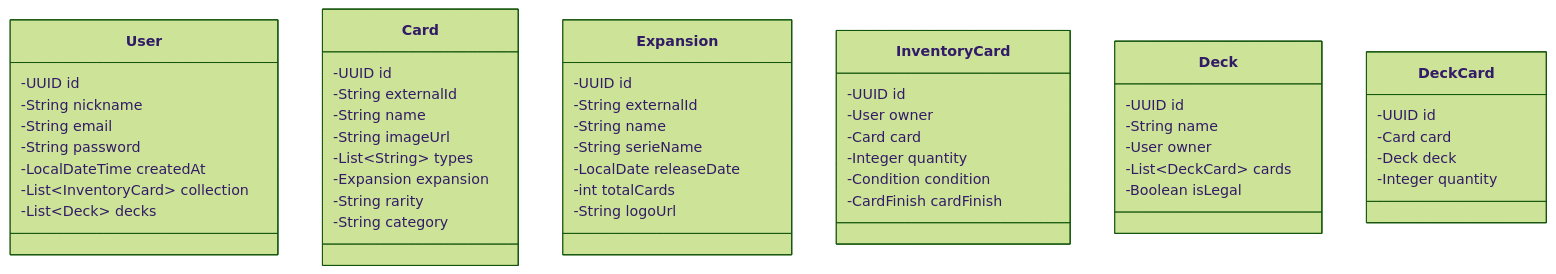
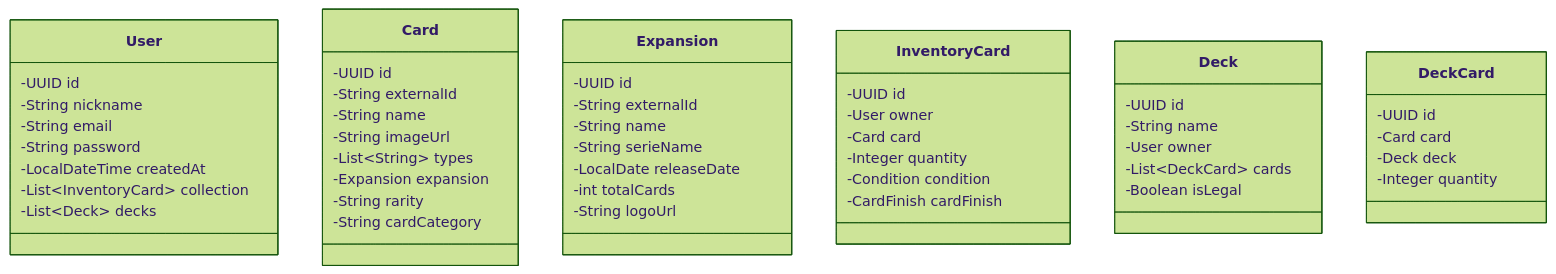
One commit to Cadimodev/silph-engine changed the diagram in README.md. Above: the diagram before and after it, drawn with Mermaid (forest theme).

````diff
--- a/README.md
+++ b/README.md
@@ -40,46 +40,46 @@
 ```mermaid
 classDiagram
     User: -UUID id
     User: -String nickname
     User: -String email
     User: -String password
     User: -LocalDateTime createdAt
     User: -List~InventoryCard~ collection
     User: -List~Deck~ decks
 
     Card: -UUID id
     Card: -String externalId
     Card: -String name
     Card: -String imageUrl
     Card: -List~String~ types
     Card: -Expansion expansion
     Card: -String rarity
-    Card: -String category
+    Card: -String cardCategory
 
     Expansion: -UUID id
     Expansion: -String externalId
     Expansion: -String name
     Expansion: -String serieName
     Expansion: -LocalDate releaseDate
     Expansion: -int totalCards
     Expansion: -String logoUrl
 
     InventoryCard: -UUID id
     InventoryCard: -User owner
     InventoryCard: -Card card
     InventoryCard: -Integer quantity
     InventoryCard: -Condition condition
     InventoryCard: -CardFinish cardFinish
 
     Deck: -UUID id
     Deck: -String name
     Deck: -User owner
     Deck: -List~DeckCard~ cards
     Deck: -Boolean isLegal
 
     DeckCard: -UUID id
     DeckCard: -Card card
     DeckCard: -Deck deck
     DeckCard: -Integer quantity
 
 ```
````
